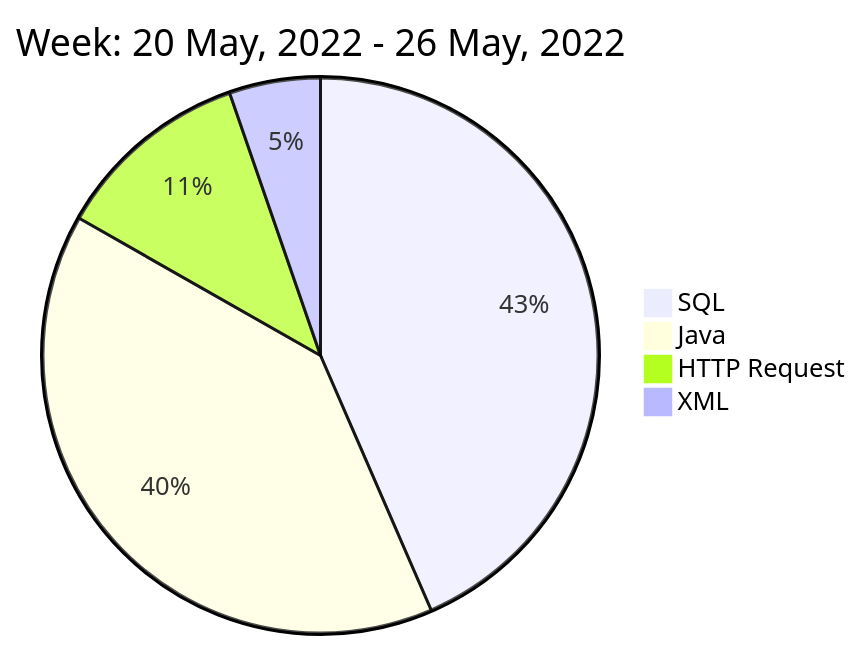
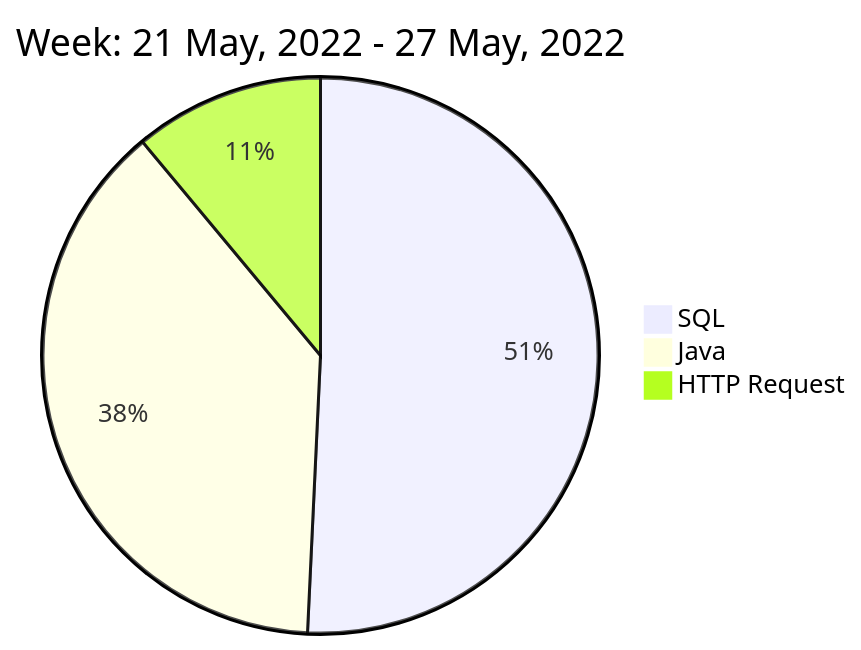
One commit to liubin95/liubin95 changed the diagram in README.md. Above: the diagram before and after it, drawn with Mermaid.

Commit message:
Updated the Graph with new Metrics

````diff
--- a/README.md
+++ b/README.md
@@ -40,8 +40,7 @@
 ```mermaid
  pie
-title Week: 20 May, 2022 - 26 May, 2022
- "SQL" : 7.13
- "Java" : 6.52
- "HTTP Request" : 1.88
- "XML" : 0.87
+title Week: 21 May, 2022 - 27 May, 2022
+ "SQL" : 9.87
+ "Java" : 7.43
+ "HTTP Request" : 2.15
 ```
````
